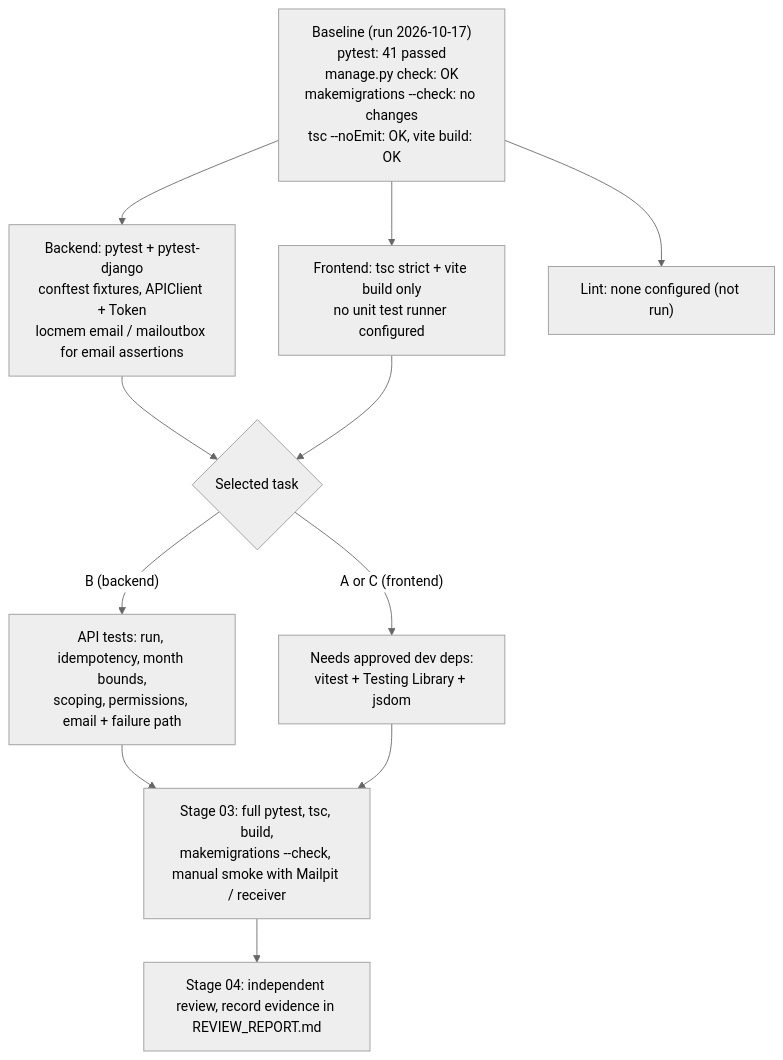
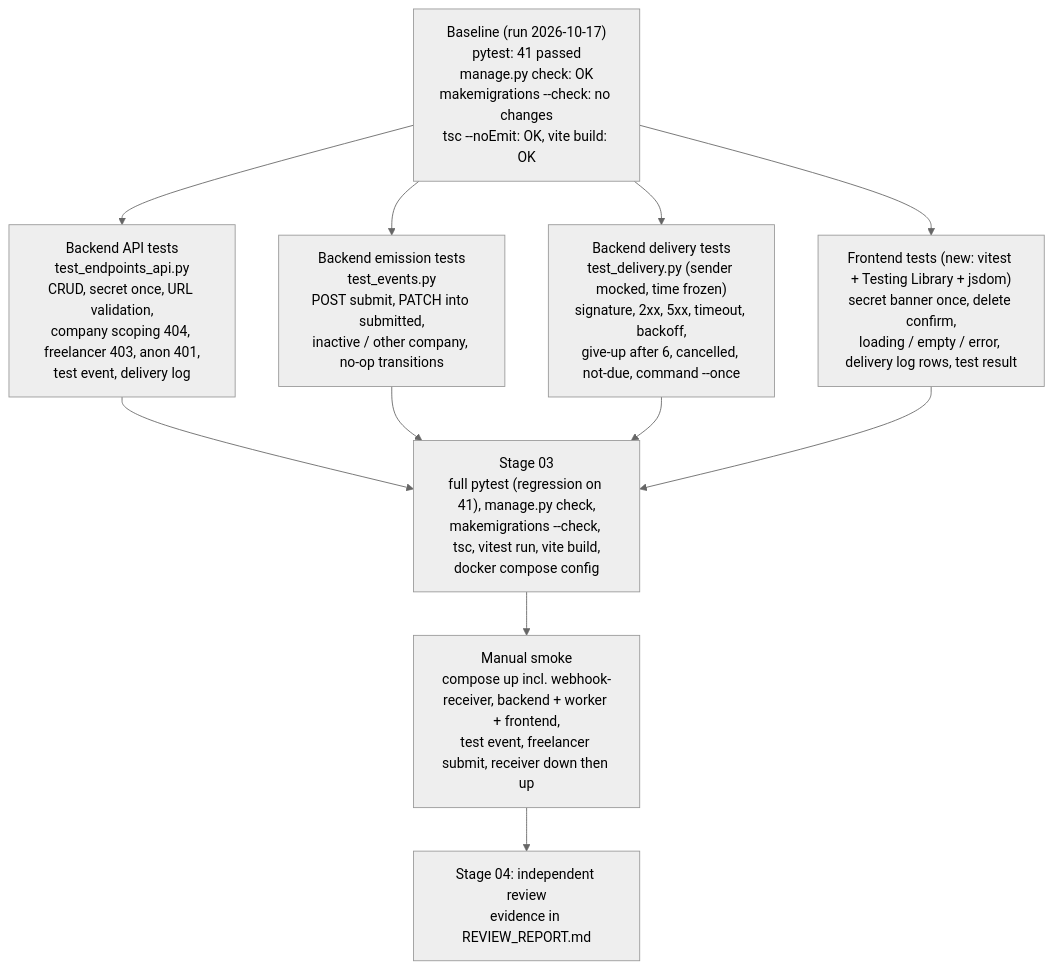
The diagram in docs/diagrams/test-strategy.mmd (YunoJuno-Hiring/candidate-test-dd1126c0), drawn with Mermaid (neutral theme) before and after one commit. The commit also changed 41 other files, not shown here.

Commit message:
task completed, code, tests and docs updated

```diff
--- a/docs/diagrams/test-strategy.mmd
+++ b/docs/diagrams/test-strategy.mmd
@@ -1,17 +1,17 @@
-%% Test layers available in the repository (Stage 00). Make this task-specific in Stage 01.
+%% Test layers and verification flow for Task C (Stage 01 plan).
 flowchart TD
     Baseline["Baseline (run 2026-10-17)<br/>pytest: 41 passed<br/>manage.py check: OK<br/>makemigrations --check: no changes<br/>tsc --noEmit: OK, vite build: OK"]
 
-    Baseline --> Backend["Backend: pytest + pytest-django<br/>conftest fixtures, APIClient + Token<br/>locmem email / mailoutbox for email assertions"]
-    Baseline --> Frontend["Frontend: tsc strict + vite build only<br/>no unit test runner configured"]
-    Baseline --> NoLint["Lint: none configured (not run)"]
+    Baseline --> API["Backend API tests<br/>test_endpoints_api.py<br/>CRUD, secret once, URL validation,<br/>company scoping 404, freelancer 403, anon 401,<br/>test event, delivery log"]
+    Baseline --> Events["Backend emission tests<br/>test_events.py<br/>POST submit, PATCH into submitted,<br/>inactive / other company, no-op transitions"]
+    Baseline --> Delivery["Backend delivery tests<br/>test_delivery.py (sender mocked, time frozen)<br/>signature, 2xx, 5xx, timeout, backoff,<br/>give-up after 6, cancelled, not-due, command --once"]
+    Baseline --> FE["Frontend tests (new: vitest + Testing Library + jsdom)<br/>secret banner once, delete confirm,<br/>loading / empty / error, delivery log rows, test result"]
 
-    Backend --> Selected{"Selected task"}
-    Frontend --> Selected
+    API --> Verify
+    Events --> Verify
+    Delivery --> Verify
+    FE --> Verify
 
-    Selected -->|"B (backend)"| BT["API tests: run, idempotency, month bounds,<br/>scoping, permissions, email + failure path"]
-    Selected -->|"A or C (frontend)"| FT["Needs approved dev deps:<br/>vitest + Testing Library + jsdom"]
-
-    BT --> Verify["Stage 03: full pytest, tsc, build,<br/>makemigrations --check, manual smoke with Mailpit / receiver"]
-    FT --> Verify
-    Verify --> Review["Stage 04: independent review, record evidence in REVIEW_REPORT.md"]
+    Verify["Stage 03<br/>full pytest (regression on 41), manage.py check,<br/>makemigrations --check, tsc, vitest run, vite build,<br/>docker compose config"]
+    Verify --> Smoke["Manual smoke<br/>compose up incl. webhook-receiver, backend + worker + frontend,<br/>test event, freelancer submit, receiver down then up"]
+    Smoke --> Review["Stage 04: independent review<br/>evidence in REVIEW_REPORT.md"]
```
